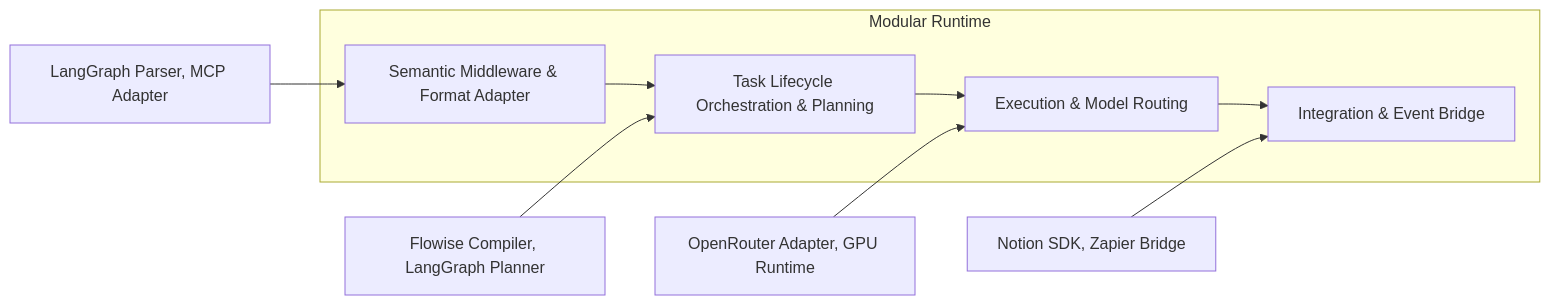
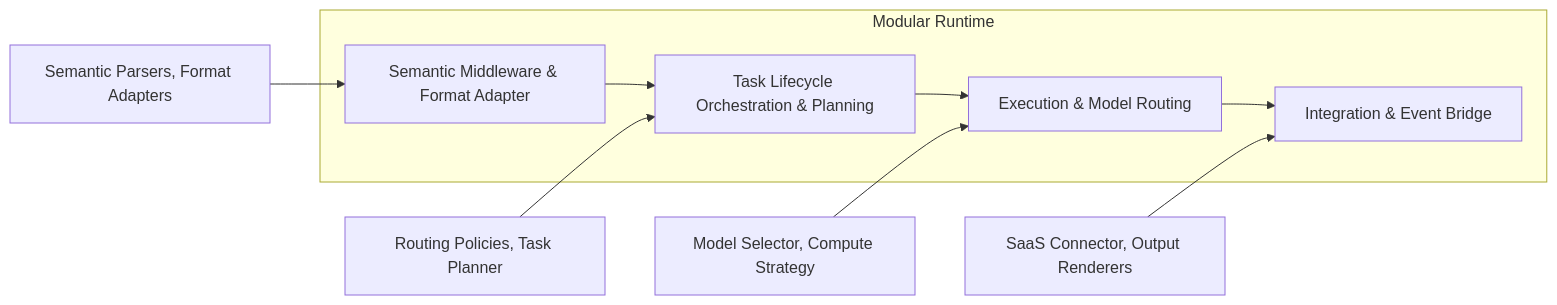
Before and after one commit to CharmAIOS/CharmOS: the third of 4 diagrams in README.md, drawn with Mermaid.

````diff
--- a/README.md
+++ b/README.md
@@ -59,17 +59,17 @@
 ```mermaid
 flowchart LR
     subgraph SYSTEM_INTERNAL [Modular Runtime]
         SM[Semantic Middleware & Format Adapter]
         ORCH[Task Lifecycle Orchestration & Planning]
         EXE[Execution & Model Routing]
         IEB[Integration & Event Bridge]
     end
 
     SM --> ORCH --> EXE --> IEB
 
     %% Plugin injection points
-    PL_SM[LangGraph Parser, MCP Adapter] --> SM
-    PL_ORCH[Flowise Compiler, LangGraph Planner] --> ORCH
-    PL_EXE[OpenRouter Adapter, GPU Runtime] --> EXE
-    PL_IEB[Notion SDK, Zapier Bridge] --> IEB
+    PL_SM[Semantic Parsers, Format Adapters] --> SM
+    PL_ORCH[Routing Policies, Task Planner] --> ORCH
+    PL_EXE[Model Selector, Compute Strategy] --> EXE
+    PL_IEB[SaaS Connector, Output Renderers] --> IEB
 ```
````
